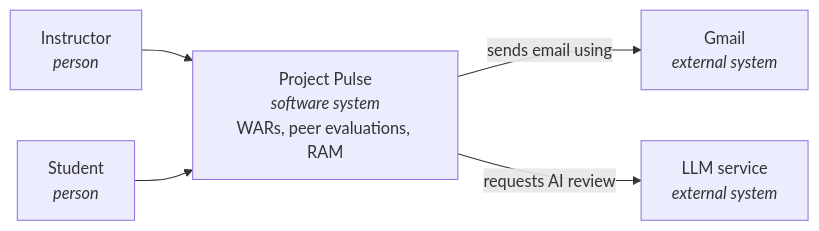
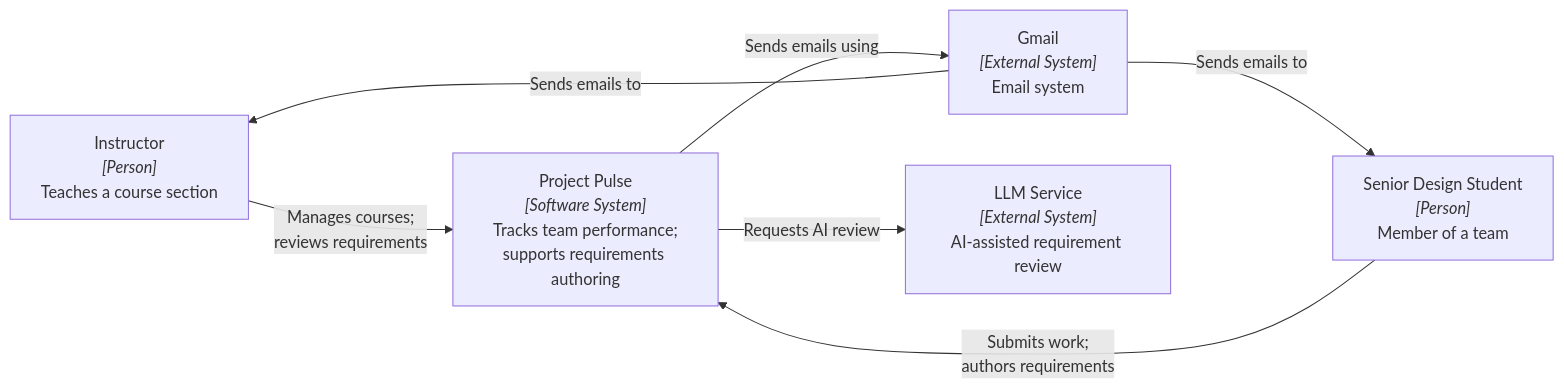
Before and after one commit to Washingtonwei/cosc-40943: the first of 3 diagrams in docs/slides/architecture.md, drawn with Mermaid. The commit also changed other lines of this file and 1 other file, not shown here.

First line of the commit message:
Show Project Pulse's complete C4 example in the architecture module and deck

````diff
--- a/docs/slides/architecture.md
+++ b/docs/slides/architecture.md
@@ -227,7 +227,14 @@
 ```mermaid
 flowchart LR
-    I["Instructor<br/><i>person</i>"] --> P["Project Pulse<br/><i>software system</i><br/>WARs, peer evaluations, RAM"]
-    S["Student<br/><i>person</i>"] --> P
-    P -->|"sends email using"| G["Gmail<br/><i>external system</i>"]
-    P -->|"requests AI review"| L["LLM service<br/><i>external system</i>"]
+    I["Instructor<br/><i>[Person]</i><br/>Teaches a course section"]
+    S["Senior Design Student<br/><i>[Person]</i><br/>Member of a team"]
+    P["Project Pulse<br/><i>[Software System]</i><br/>Tracks team performance;<br/>supports requirements authoring"]
+    G["Gmail<br/><i>[External System]</i><br/>Email system"]
+    L["LLM Service<br/><i>[External System]</i><br/>AI-assisted requirement review"]
+    I -->|"Manages courses;<br/>reviews requirements"| P
+    S -->|"Submits work;<br/>authors requirements"| P
+    P -->|"Sends emails using"| G
+    G -->|"Sends emails to"| I
+    G -->|"Sends emails to"| S
+    P -->|"Requests AI review"| L
 ```
````
